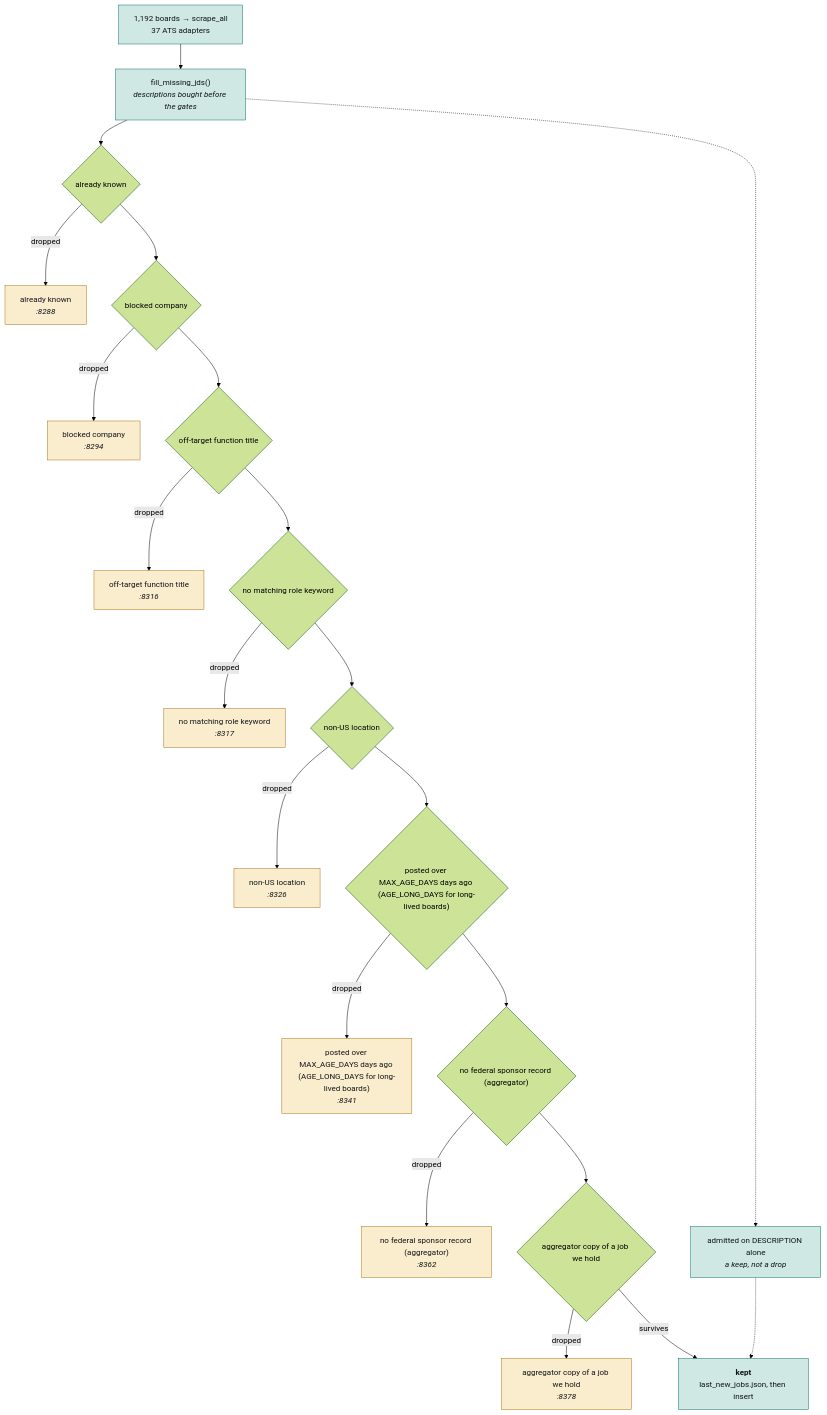
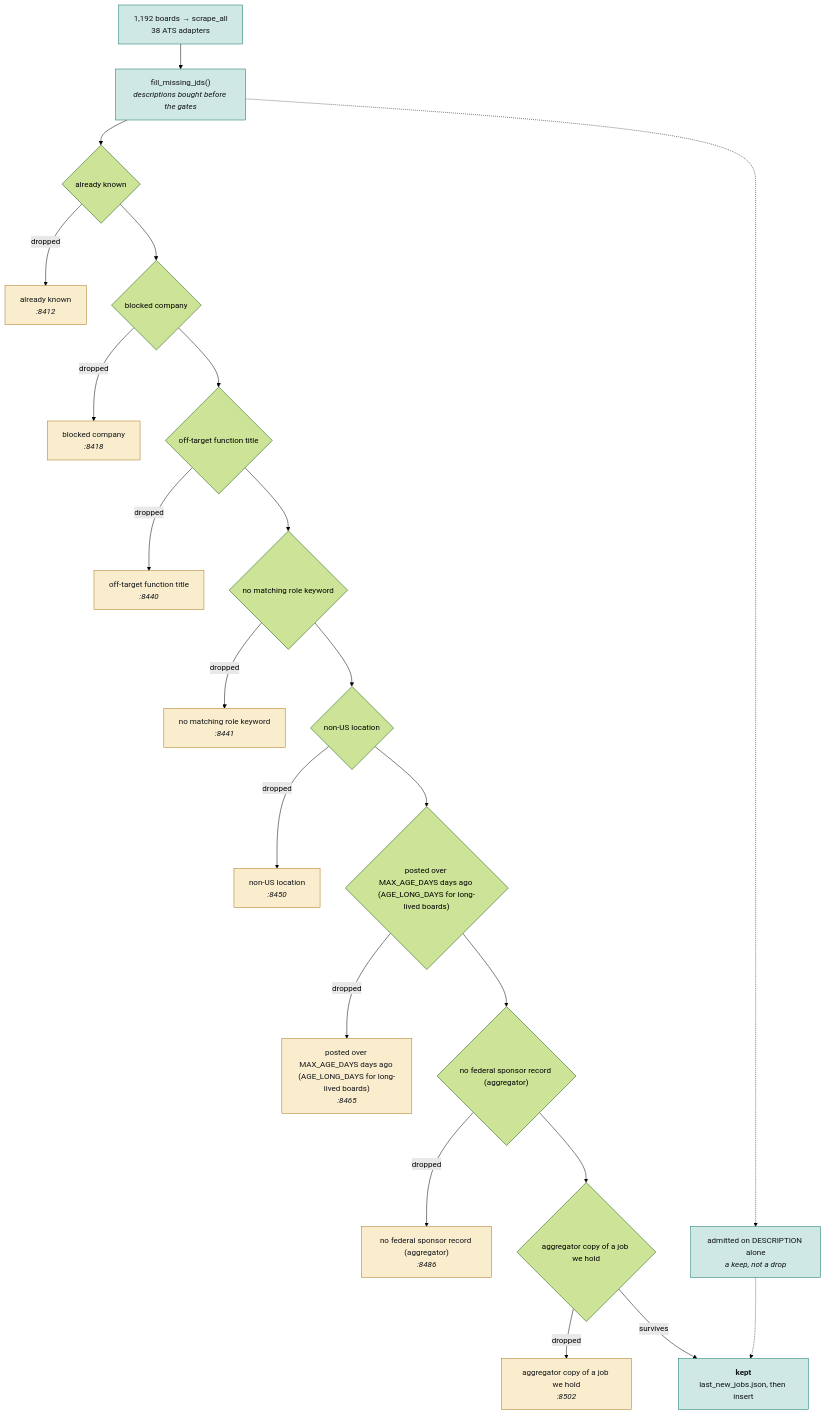
Before and after one commit to hadakunal909-debug/job-search-tool: the second of 4 diagrams in JobMatch Scraper/docs/ARCHITECTURE.md, drawn with Mermaid (forest theme). The commit also changed other lines of this file and 6 other files, not shown here.

````diff
--- a/JobMatch Scraper/docs/ARCHITECTURE.md
+++ b/JobMatch Scraper/docs/ARCHITECTURE.md
@@ -106,54 +106,54 @@
 ```mermaid
 flowchart TB
-  SRC["1,192 boards → scrape_all<br/>37 ATS adapters"]
+  SRC["1,192 boards → scrape_all<br/>38 ATS adapters"]
   JD["fill_missing_jds()<br/><i>descriptions bought before the gates</i>"]
   SRC --> JD
   G0{"already known"}
-  D0["already known<br/><i>:8288</i>"]
+  D0["already known<br/><i>:8412</i>"]
   JD --> G0
   G0 -->|dropped| D0
   class D0 trap
   G1{"blocked company"}
-  D1["blocked company<br/><i>:8294</i>"]
+  D1["blocked company<br/><i>:8418</i>"]
   G0 --> G1
   G1 -->|dropped| D1
   class D1 trap
   G2{"off-target function title"}
-  D2["off-target function title<br/><i>:8316</i>"]
+  D2["off-target function title<br/><i>:8440</i>"]
   G1 --> G2
   G2 -->|dropped| D2
   class D2 trap
   G3{"no matching role keyword"}
-  D3["no matching role keyword<br/><i>:8317</i>"]
+  D3["no matching role keyword<br/><i>:8441</i>"]
   G2 --> G3
   G3 -->|dropped| D3
   class D3 trap
   G4{"non-US location"}
-  D4["non-US location<br/><i>:8326</i>"]
+  D4["non-US location<br/><i>:8450</i>"]
   G3 --> G4
   G4 -->|dropped| D4
   class D4 trap
   G5{"posted over MAX_AGE_DAYS days ago (AGE_LONG_DAYS for long-lived boards)"}
-  D5["posted over MAX_AGE_DAYS days ago (AGE_LONG_DAYS for long-lived boards)<br/><i>:8341</i>"]
+  D5["posted over MAX_AGE_DAYS days ago (AGE_LONG_DAYS for long-lived boards)<br/><i>:8465</i>"]
   G4 --> G5
   G5 -->|dropped| D5
   class D5 trap
   G6{"no federal sponsor record (aggregator)"}
-  D6["no federal sponsor record (aggregator)<br/><i>:8362</i>"]
+  D6["no federal sponsor record (aggregator)<br/><i>:8486</i>"]
   G5 --> G6
   G6 -->|dropped| D6
   class D6 trap
   G7{"aggregator copy of a job we hold"}
-  D7["aggregator copy of a job we hold<br/><i>:8378</i>"]
+  D7["aggregator copy of a job we hold<br/><i>:8502</i>"]
   G6 --> G7
   G7 -->|dropped| D7
   class D7 trap
   KEEP["<b>kept</b><br/>last_new_jobs.json, then insert"]
   G7 -->|survives| KEEP
   RESCUE["admitted on DESCRIPTION alone<br/><i>a keep, not a drop</i>"]
   JD -.-> RESCUE
   RESCUE -.-> KEEP
   classDef trap fill:#f9edcd,stroke:#a8781a,color:#101319
   classDef sched fill:#cfe8e3,stroke:#0f766e,color:#101319
   class SRC,JD,KEEP,RESCUE sched
 ```
````
